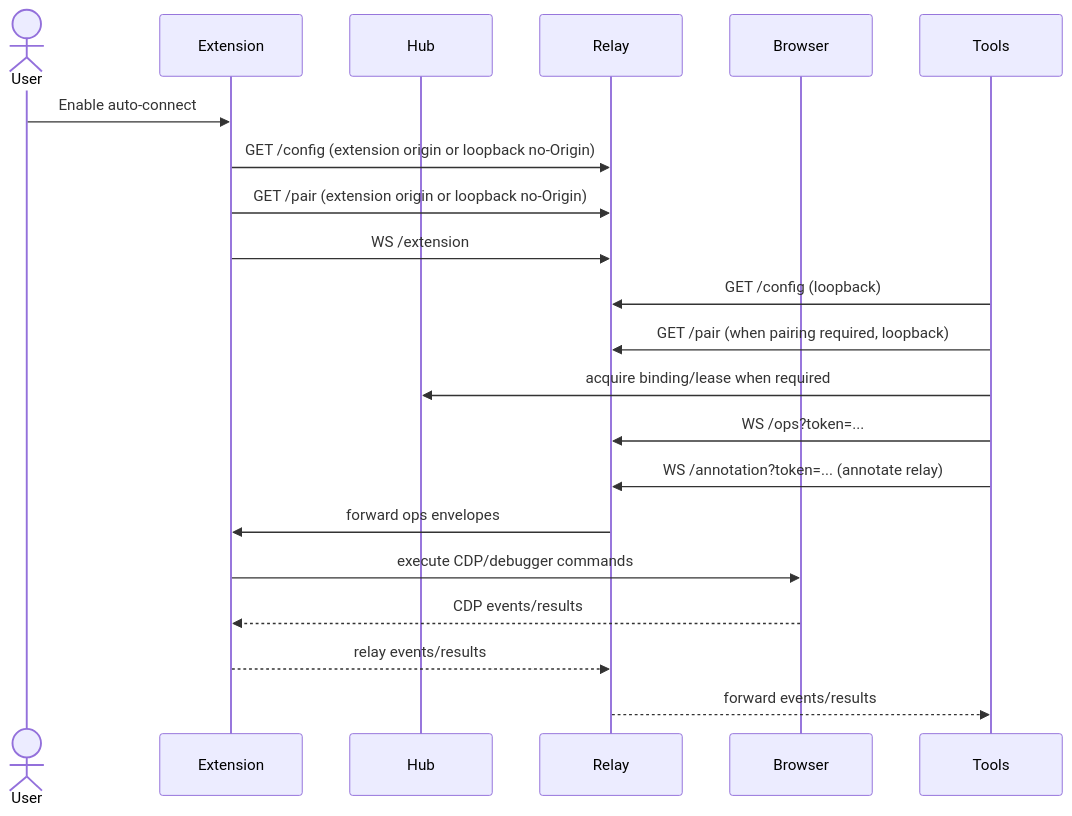
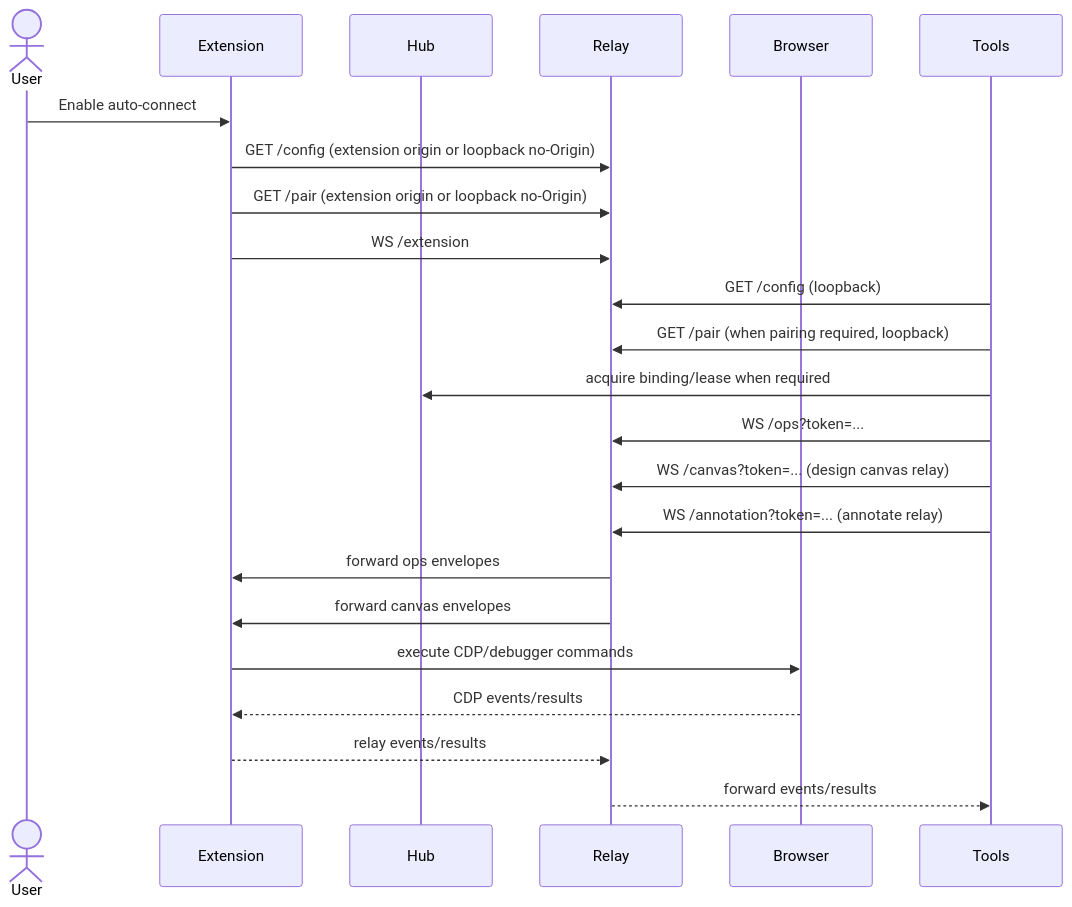
Before and after one commit to freshtechbro/opendevbrowser: the third of 4 diagrams in docs/ARCHITECTURE.md, drawn with Mermaid. The commit also changed other lines of this file and 9 other files, not shown here.

First line of the commit message:
docs: document design canvas surfaces

````diff
--- a/docs/ARCHITECTURE.md
+++ b/docs/ARCHITECTURE.md
@@ -169,24 +174,26 @@
 ```mermaid
 sequenceDiagram
   actor User
   participant Extension
   participant Hub
   participant Relay
   participant Browser
   participant Tools
 
   User->>Extension: Enable auto-connect
   Extension->>Relay: GET /config (extension origin or loopback no-Origin)
   Extension->>Relay: GET /pair (extension origin or loopback no-Origin)
   Extension->>Relay: WS /extension
   Tools->>Relay: GET /config (loopback)
   Tools->>Relay: GET /pair (when pairing required, loopback)
   Tools->>Hub: acquire binding/lease when required
   Tools->>Relay: WS /ops?token=...
+  Tools->>Relay: WS /canvas?token=... (design canvas relay)
   Tools->>Relay: WS /annotation?token=... (annotate relay)
   Relay->>Extension: forward ops envelopes
+  Relay->>Extension: forward canvas envelopes
   Extension->>Browser: execute CDP/debugger commands
   Browser-->>Extension: CDP events/results
   Extension-->>Relay: relay events/results
   Relay-->>Tools: forward events/results
 ```
````
